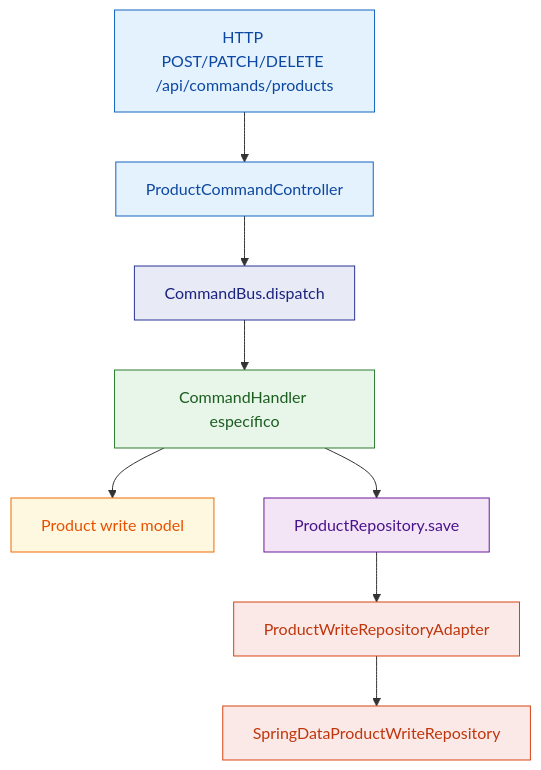
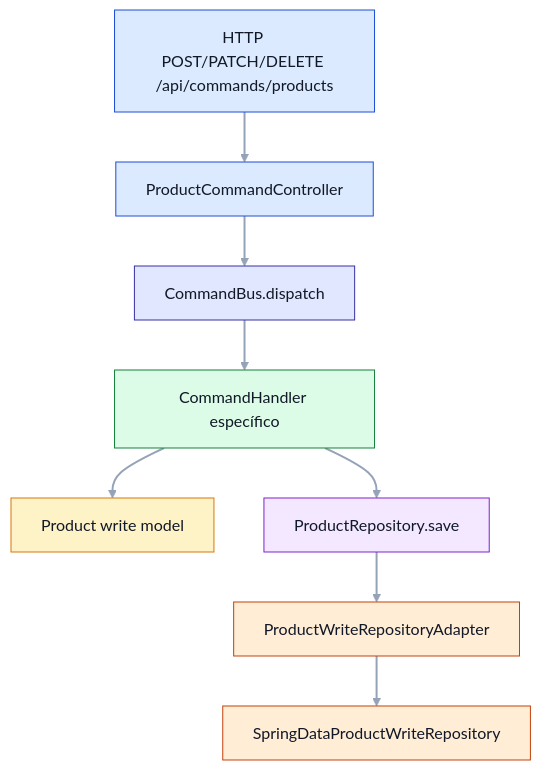
Before and after one commit to VirtualCave/modern-architecture-patterns: the first of 4 diagrams in cqrs/README.md, drawn with Mermaid. The commit also changed other lines of this file and 4 other files, not shown here.

````diff
--- a/cqrs/README.md
+++ b/cqrs/README.md
@@ -36,24 +46,27 @@
 ```mermaid
+%%{init: {'theme':'base','themeVariables': {'background':'transparent','primaryTextColor':'#111827','lineColor':'#94A3B8'}}}%%
 flowchart TD
     A[HTTP POST/PATCH/DELETE /api/commands/products] --> B[ProductCommandController]
     B --> C[CommandBus.dispatch]
     C --> D[CommandHandler específico]
     D --> E[Product write model]
     D --> F[ProductRepository.save]
     F --> G[ProductWriteRepositoryAdapter]
     G --> H[SpringDataProductWriteRepository]
 
-    classDef entry fill:#E3F2FD,stroke:#1565C0,stroke-width:1px,color:#0D47A1;
-    classDef bus fill:#E8EAF6,stroke:#283593,stroke-width:1px,color:#1A237E;
-    classDef app fill:#E8F5E9,stroke:#2E7D32,stroke-width:1px,color:#1B5E20;
-    classDef domain fill:#FFF8E1,stroke:#EF6C00,stroke-width:1px,color:#E65100;
-    classDef port fill:#F3E5F5,stroke:#6A1B9A,stroke-width:1px,color:#4A148C;
-    classDef infra fill:#FBE9E7,stroke:#D84315,stroke-width:1px,color:#BF360C;
+    linkStyle default stroke:#94A3B8,stroke-width:2px;
+
+    classDef entry fill:#DBEAFE,stroke:#1D4ED8,stroke-width:1px,color:#111827;
+    classDef bus fill:#E0E7FF,stroke:#3730A3,stroke-width:1px,color:#111827;
+    classDef app fill:#DCFCE7,stroke:#15803D,stroke-width:1px,color:#111827;
+    classDef domain fill:#FEF3C7,stroke:#D97706,stroke-width:1px,color:#111827;
+    classDef port fill:#F3E8FF,stroke:#7E22CE,stroke-width:1px,color:#111827;
+    classDef infra fill:#FFEDD5,stroke:#C2410C,stroke-width:1px,color:#111827;
 
     class A,B entry;
     class C bus;
     class D app;
     class E domain;
     class F port;
     class G,H infra;
 ```
````
